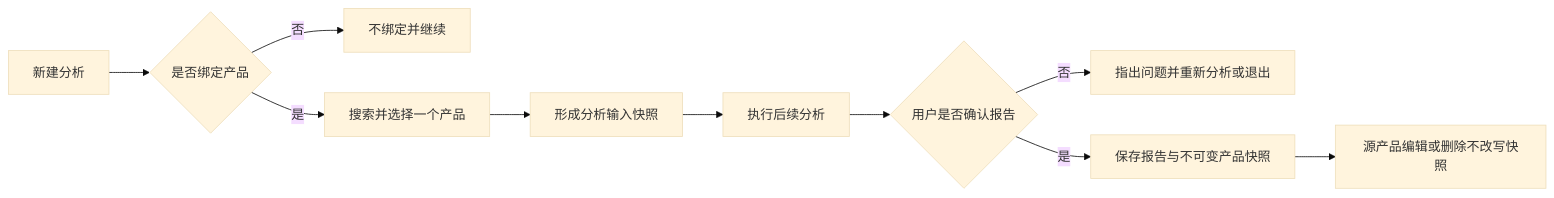
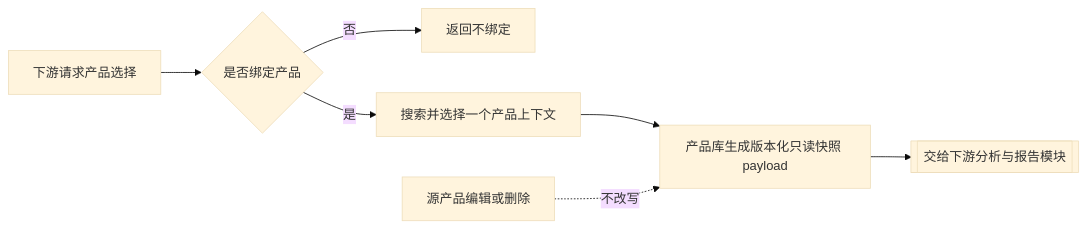
One commit to wzhic/material changed the second of 3 diagrams in docs/requirements/产品库-REQ-0003/产品库-REQ-0003-v1.0.md. Above: the diagram before and after it, drawn with Mermaid (base theme). The commit also changed other lines of this file and 1 other file, not shown here.

````diff
--- a/docs/requirements/产品库-REQ-0003/产品库-REQ-0003-v1.0.md
+++ b/docs/requirements/产品库-REQ-0003/产品库-REQ-0003-v1.0.md
@@ -303,12 +313,9 @@
 ```mermaid
 flowchart LR
-    A[新建分析] --> B{是否绑定产品}
-    B -- 否 --> C[不绑定并继续]
-    B -- 是 --> D[搜索并选择一个产品]
-    D --> E[形成分析输入快照]
-    E --> F[执行后续分析]
-    F --> G{用户是否确认报告}
-    G -- 否 --> H[指出问题并重新分析或退出]
-    G -- 是 --> I[保存报告与不可变产品快照]
-    I --> J[源产品编辑或删除不改写快照]
+    A[下游请求产品选择] --> B{是否绑定产品}
+    B -- 否 --> C[返回不绑定]
+    B -- 是 --> D[搜索并选择一个产品上下文]
+    D --> E[产品库生成版本化只读快照 payload]
+    E --> F[[交给下游分析与报告模块]]
+    G[源产品编辑或删除] -. 不改写 .-> E
 ```
````
